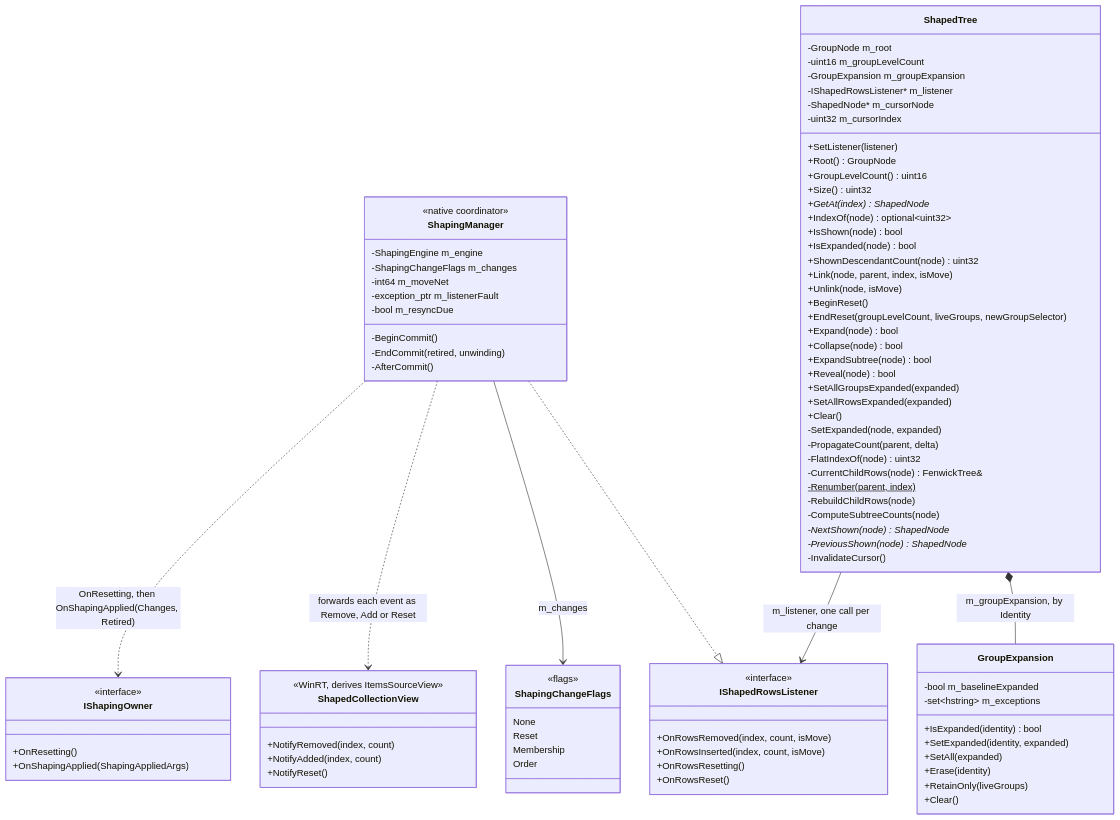
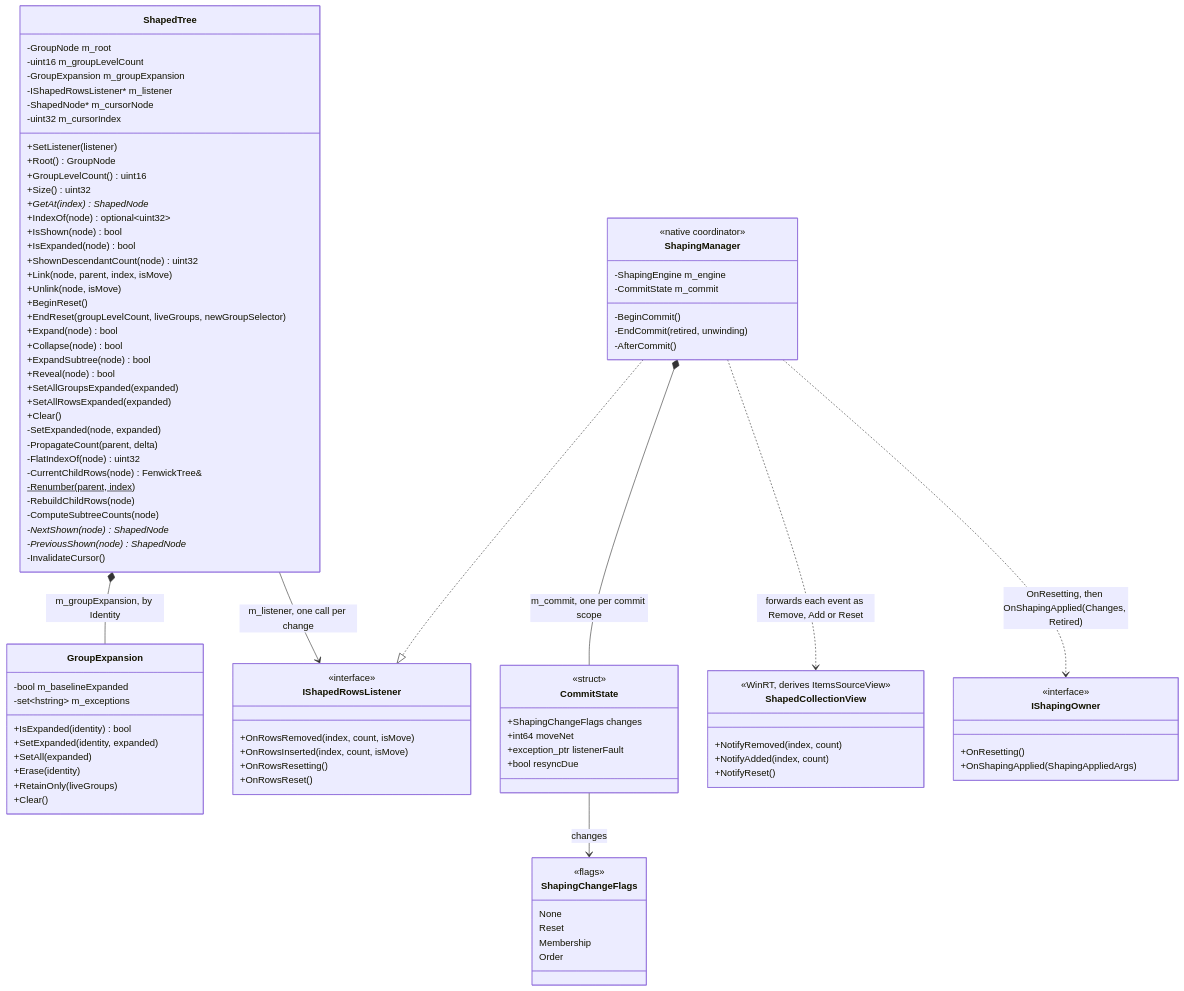
One commit to microsoft/microsoft-ui-xaml changed the third of 4 diagrams in docs/design-notes/TabularControls/Shaping-Architecture-Redesign.md. Above: the diagram before and after it, drawn with Mermaid. The commit also changed other lines of this file and 4 other files, not shown here.

````diff
--- a/docs/design-notes/TabularControls/Shaping-Architecture-Redesign.md
+++ b/docs/design-notes/TabularControls/Shaping-Architecture-Redesign.md
@@ -651,10 +652,7 @@
     class ShapingManager {
         <<native coordinator>>
         -ShapingEngine m_engine
-        -ShapingChangeFlags m_changes
-        -int64 m_moveNet
-        -exception_ptr m_listenerFault
-        -bool m_resyncDue
+        -CommitState m_commit
         -BeginCommit()
         -EndCommit(retired, unwinding)
         -AfterCommit()
@@ -739,10 +737,19 @@
         +OnShapingApplied(ShapingAppliedArgs)
     }
 
+    class CommitState {
+        <<struct>>
+        +ShapingChangeFlags changes
+        +int64 moveNet
+        +exception_ptr listenerFault
+        +bool resyncDue
+    }
+
     ShapingManager ..|> IShapedRowsListener
+    ShapingManager *-- CommitState : m_commit, one per commit scope
     ShapedTree *-- GroupExpansion : m_groupExpansion, by Identity
     ShapedTree --> IShapedRowsListener : m_listener, one call per change
-    ShapingManager --> ShapingChangeFlags : m_changes
+    CommitState --> ShapingChangeFlags : changes
     ShapingManager ..> ShapedCollectionView : forwards each event as Remove, Add or Reset
     ShapingManager ..> IShapingOwner : OnResetting, then OnShapingApplied(Changes, Retired)
 ```
````
